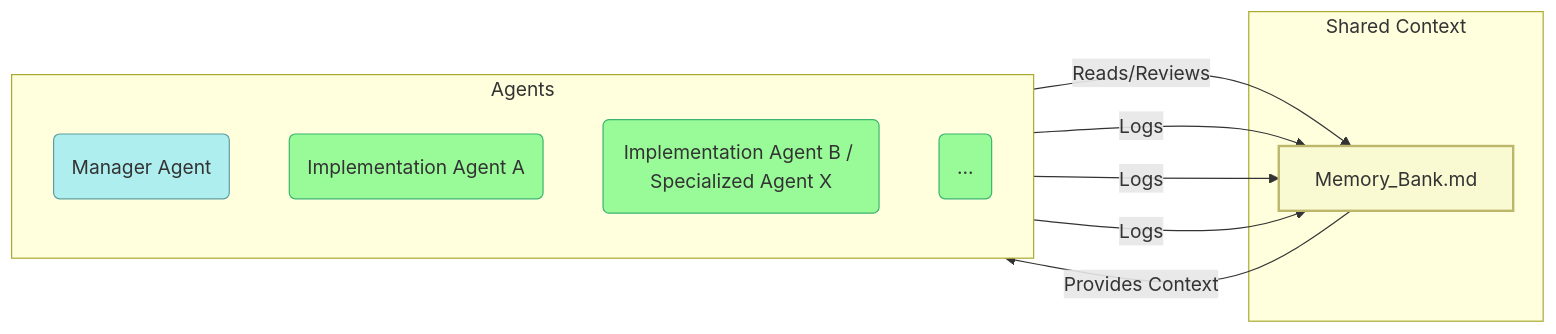
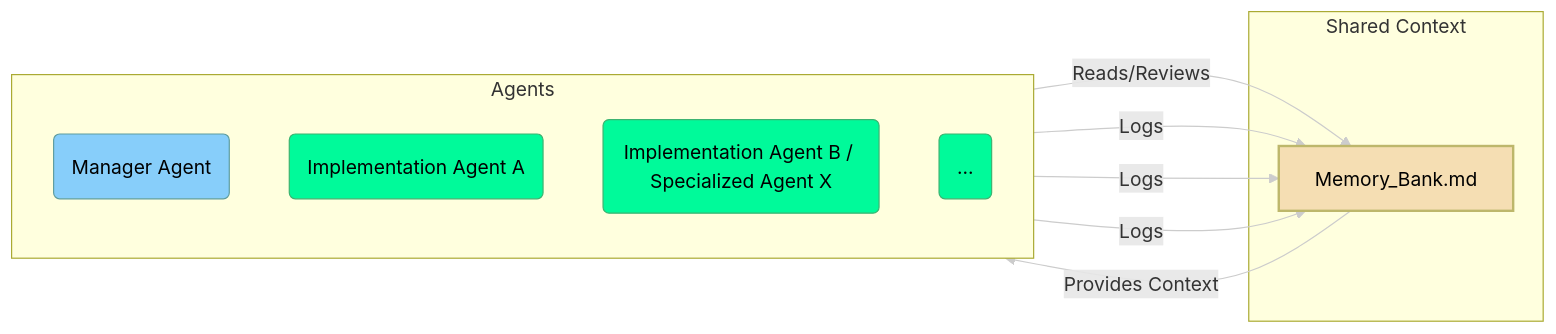
Before and after one commit to sdi2200262/agentic-project-management: the third of 3 diagrams in docs/01_Workflow_Overview.md, drawn with Mermaid. The commit also changed other lines of this file, not shown here.

````diff
--- a/docs/01_Workflow_Overview.md
+++ b/docs/01_Workflow_Overview.md
@@ -73,29 +77,30 @@
 ```mermaid
 graph LR
     subgraph sg_agents [Agents]
         direction TB
         MA(Manager Agent)
         IA(Implementation Agent A)
         IB(Implementation Agent B / Specialized Agent X) 
         ID(...)
     end
 
     subgraph sg_context [Shared Context]
         MB[Memory_Bank.md]
     end
 
     MA -- Reads/Reviews --> MB;
     MB -- Provides Context --> MA;
     IA -- Logs --> MB;
     IB -- Logs --> MB;
     ID -- Logs --> MB;
     
     
     
-    style MA fill:#AFEEEE,stroke:#5F9EA0; 
-    style IA fill:#98FB98,stroke:#3CB371; 
-    style IB fill:#98FB98,stroke:#3CB371; 
-    style ID fill:#98FB98,stroke:#3CB371; 
-    style MB fill:#FAFAD2,stroke:#BDB76B,stroke-width:2px; 
+    style MA fill:#87CEFA,stroke:#5F9EA0,color:#000; 
+    style IA fill:#00FA9A,stroke:#3CB371,color:#000; 
+    style IB fill:#00FA9A,stroke:#3CB371,color:#000; 
+    style ID fill:#00FA9A,stroke:#3CB371,color:#000; 
+    style MB fill:#F5DEB3,stroke:#BDB76B,stroke-width:2px,color:#000; 
 
+    linkStyle default stroke:#ccc,stroke-width:1px;
 ```
````
